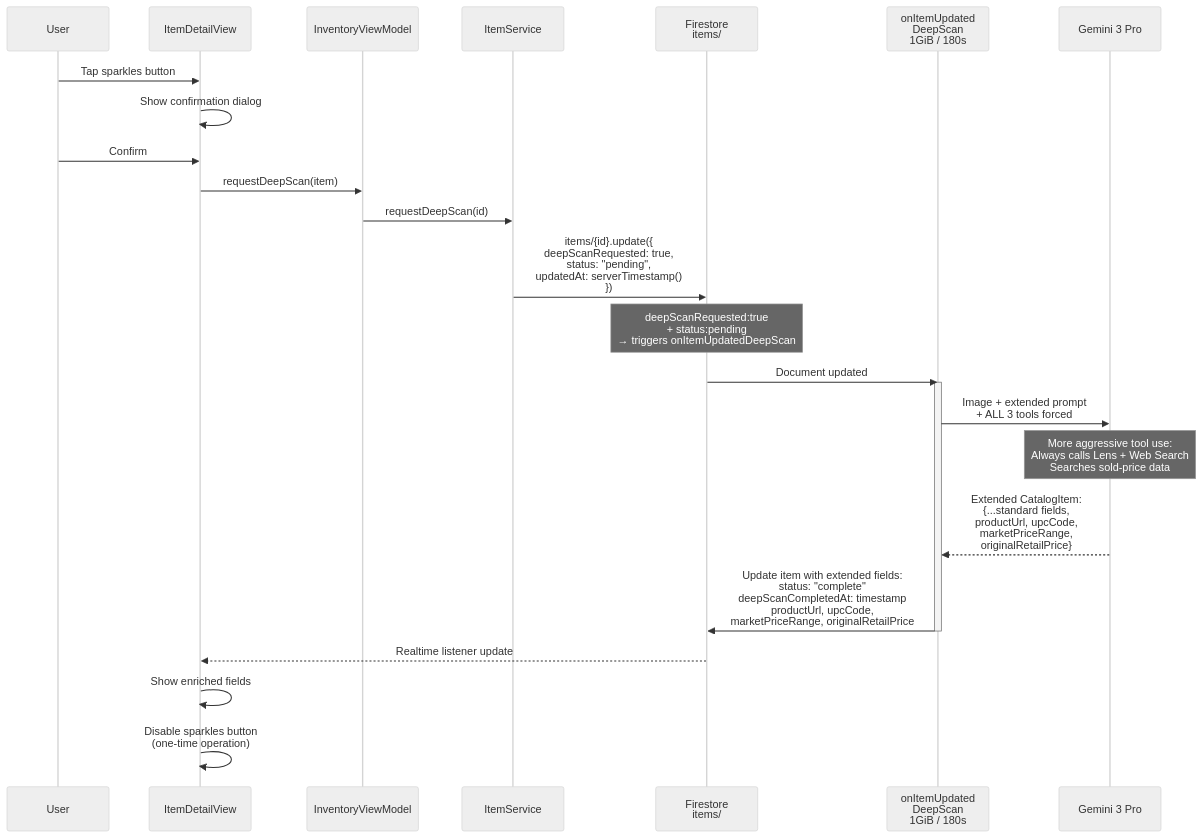
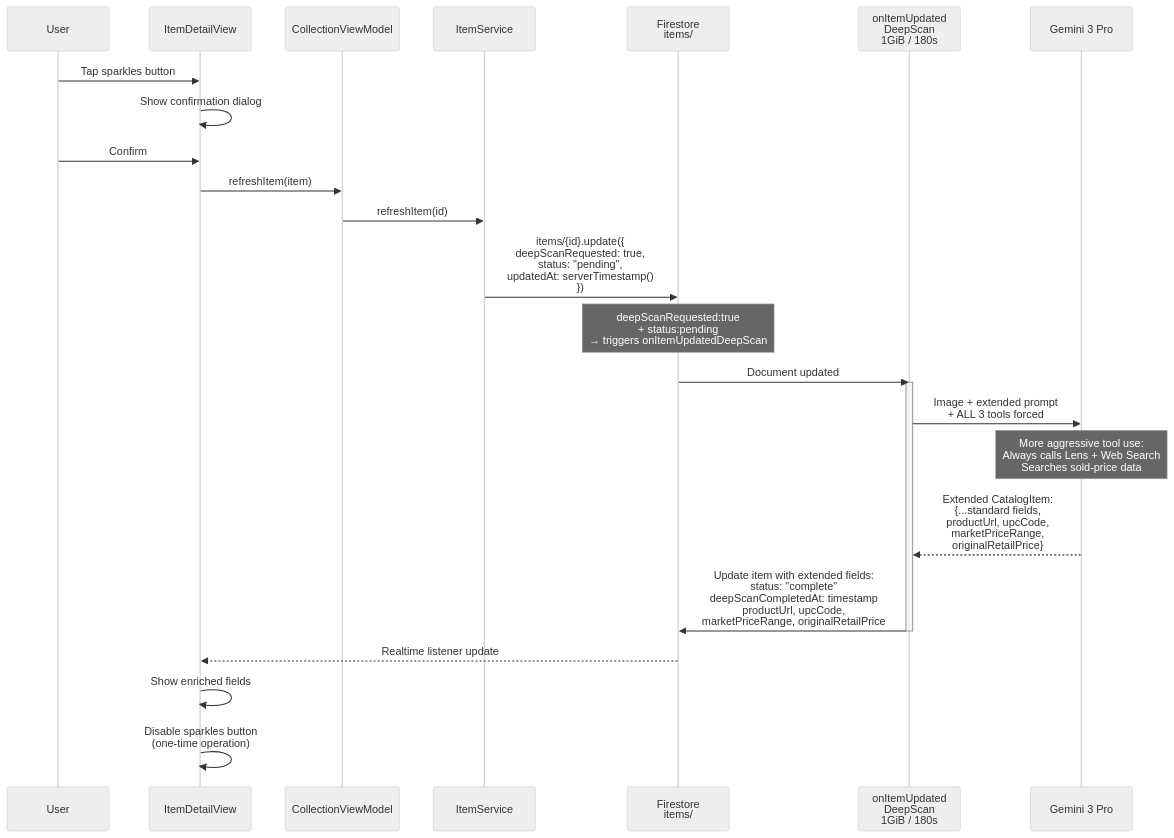
The eighth of 12 diagrams in docs/plans/2026-02-07-catalog-pipeline-documentation.md (abundance-mvp/abundance), drawn with Mermaid (neutral theme) before and after one commit. The commit also changed other lines of this file and 59 other files, not shown here.

````diff
--- a/docs/plans/2026-02-07-catalog-pipeline-documentation.md
+++ b/docs/plans/2026-02-07-catalog-pipeline-documentation.md
@@ -427,38 +427,38 @@
 ```mermaid
 sequenceDiagram
     participant User
     participant Detail as ItemDetailView
-    participant InvVM as InventoryViewModel
+    participant InvVM as CollectionViewModel
     participant ItemSvc as ItemService
     participant FS as Firestore<br/>items/
     participant CF as onItemUpdated<br/>DeepScan<br/>1GiB / 180s
     participant Pro as Gemini 3 Pro
 
     User->>Detail: Tap sparkles button
     Detail->>Detail: Show confirmation dialog
     User->>Detail: Confirm
 
-    Detail->>InvVM: requestDeepScan(item)
-    InvVM->>ItemSvc: requestDeepScan(id)
+    Detail->>InvVM: refreshItem(item)
+    InvVM->>ItemSvc: refreshItem(id)
 
     ItemSvc->>FS: items/{id}.update({<br/>  deepScanRequested: true,<br/>  status: "pending",<br/>  updatedAt: serverTimestamp()<br/>})
 
     Note over FS: deepScanRequested:true<br/>+ status:pending<br/>→ triggers onItemUpdatedDeepScan
 
     FS->>CF: Document updated
     activate CF
 
     CF->>Pro: Image + extended prompt<br/>+ ALL 3 tools forced
 
     Note over Pro: More aggressive tool use:<br/>Always calls Lens + Web Search<br/>Searches sold-price data
 
     Pro-->>CF: Extended CatalogItem:<br/>{...standard fields,<br/>productUrl, upcCode,<br/>marketPriceRange,<br/>originalRetailPrice}
 
     CF->>FS: Update item with extended fields:<br/>status: "complete"<br/>deepScanCompletedAt: timestamp<br/>productUrl, upcCode,<br/>marketPriceRange, originalRetailPrice
 
     deactivate CF
 
     FS-->>Detail: Realtime listener update
     Detail->>Detail: Show enriched fields
     Detail->>Detail: Disable sparkles button<br/>(one-time operation)
 ```
````
